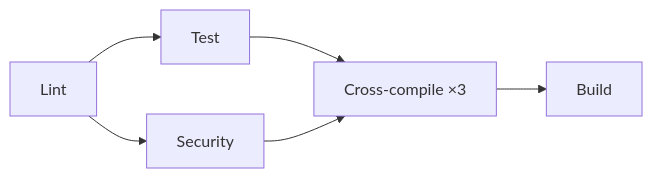
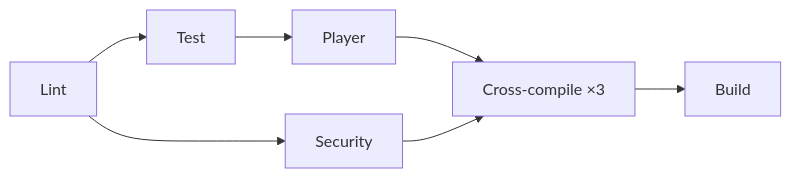
One commit to KingOfKalk/wg-stream-proxy changed the second of 2 diagrams in CONTRIBUTING.md. Above: the diagram before and after it, drawn with Mermaid. The commit also changed other lines of this file and 51 other files, not shown here.

Commit message:
test: add ffmpeg player tests (#46)

````diff
--- a/CONTRIBUTING.md
+++ b/CONTRIBUTING.md
@@ -165,5 +165,6 @@
 ```mermaid
 flowchart LR
     Lint --> Test & Security
-    Test & Security --> cc["Cross-compile ×3"] --> Build
+    Test --> Player
+    Player & Security --> cc["Cross-compile ×3"] --> Build
 ```
````
